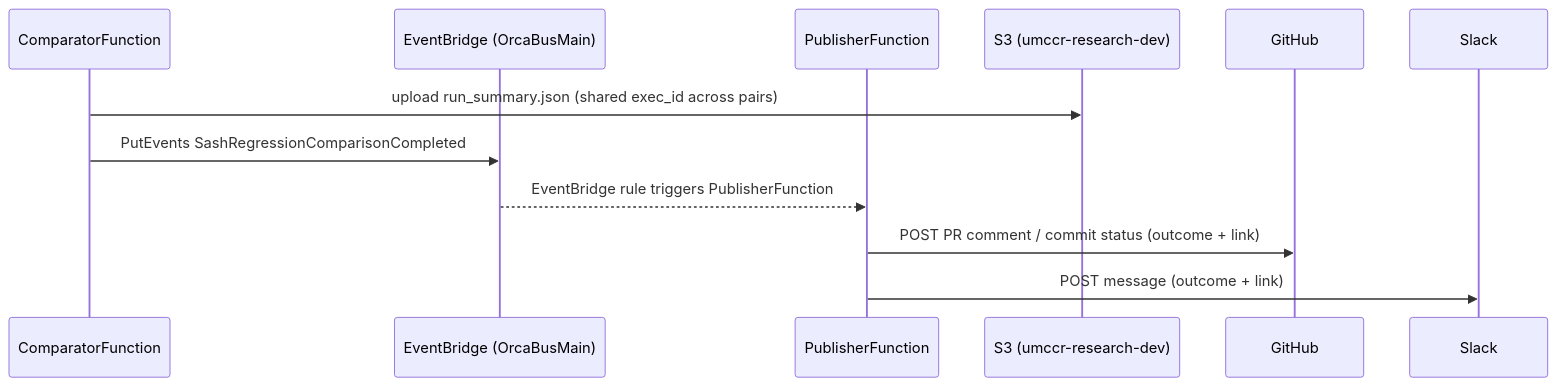
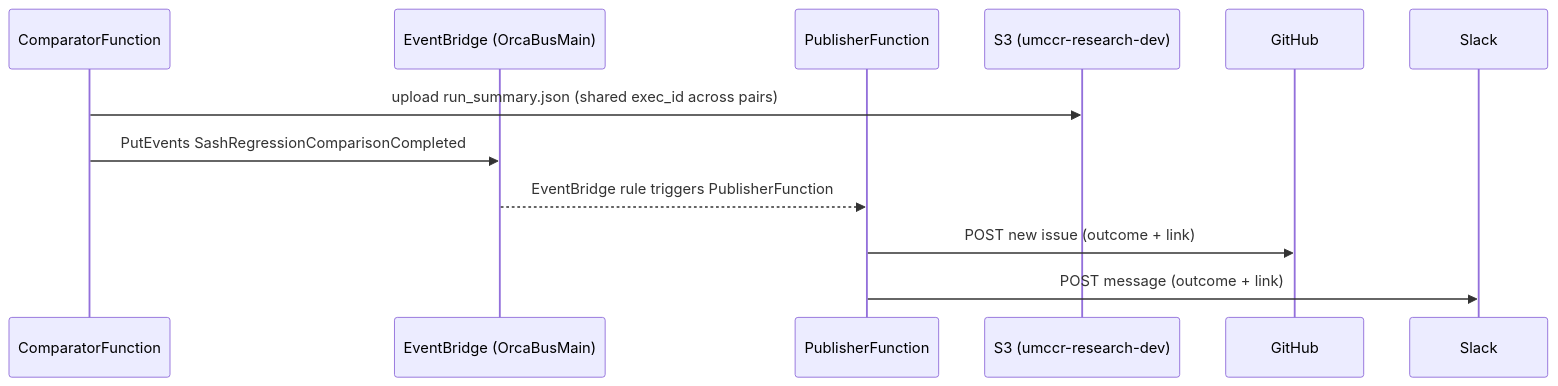
One commit to OrcaBus/service-sash-regression changed the first of 2 diagrams in .kiro/specs/sash-regression-completion/design.md. Above: the diagram before and after it, drawn with Mermaid. The commit also changed other lines of this file and 2 other files, not shown here.

First line of the commit message:
docs: simplify Publisher GitHub delivery to new issue, not PR comment

````diff
--- a/.kiro/specs/sash-regression-completion/design.md
+++ b/.kiro/specs/sash-regression-completion/design.md
@@ -29,15 +29,15 @@
 ```mermaid
 sequenceDiagram
     participant Comp as ComparatorFunction
     participant EB as EventBridge (OrcaBusMain)
     participant Pub as PublisherFunction
     participant S3 as S3 (umccr-research-dev)
     participant GH as GitHub
     participant Slack as Slack
 
     Comp->>S3: upload run_summary.json (shared exec_id across pairs)
     Comp->>EB: PutEvents SashRegressionComparisonCompleted
     EB-->>Pub: EventBridge rule triggers PublisherFunction
-    Pub->>GH: POST PR comment / commit status (outcome + link)
+    Pub->>GH: POST new issue (outcome + link)
     Pub->>Slack: POST message (outcome + link)
 ```
````
